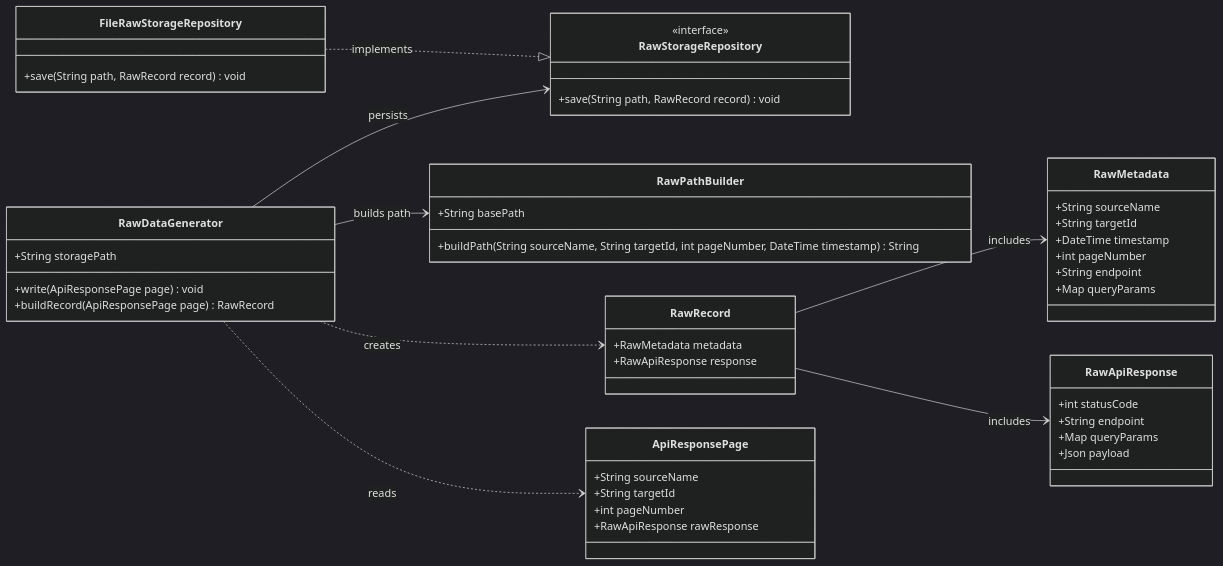
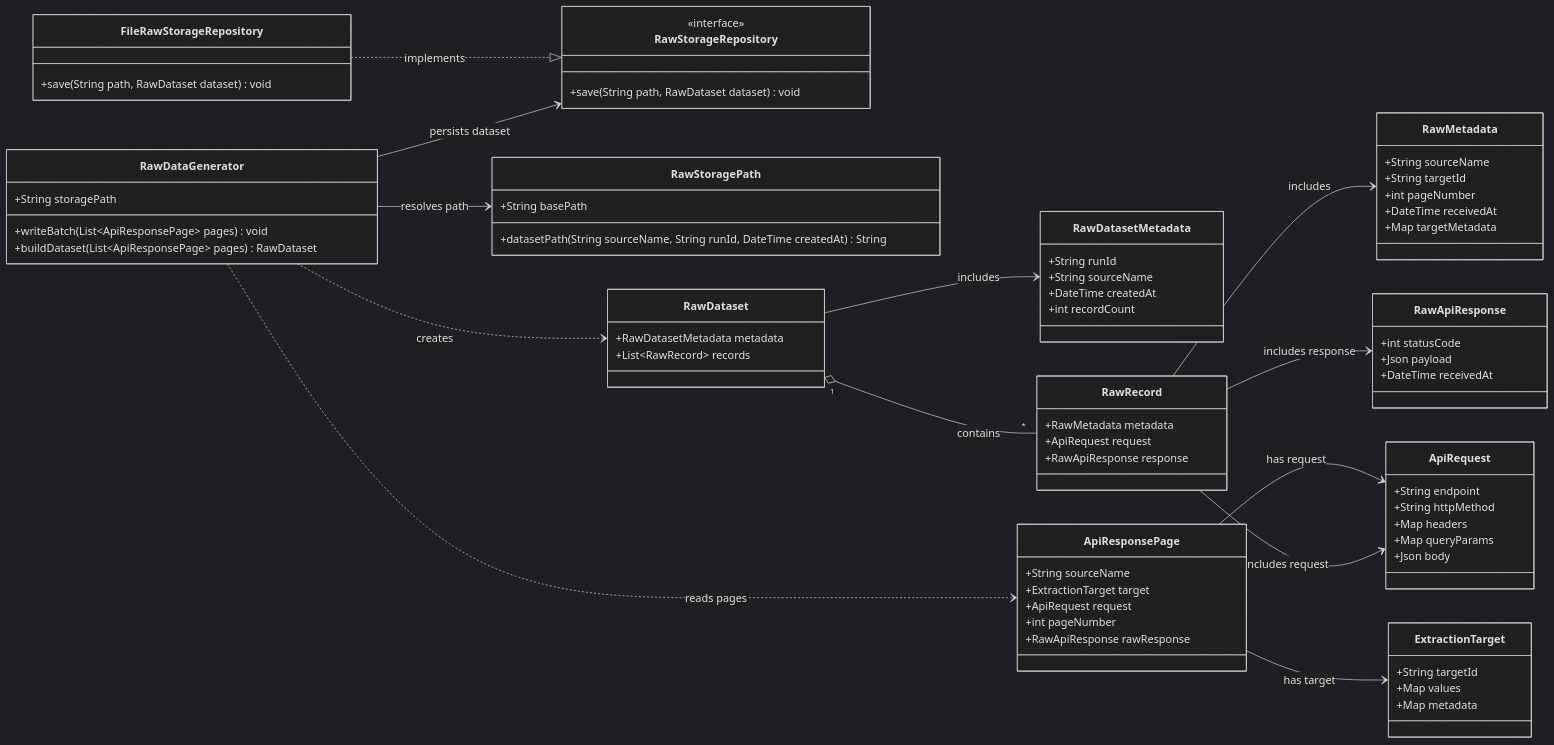
One commit to mentoria-edu/data_vet changed the diagram in docs/c4/level_4_code/data_ingestion/raw_data_generator.md. Above: the diagram before and after it, drawn with Mermaid (dark theme). The commit also changed 4 other files, not shown here.

````diff
--- a/docs/c4/level_4_code/data_ingestion/raw_data_generator.md
+++ b/docs/c4/level_4_code/data_ingestion/raw_data_generator.md
@@ -6,57 +6,88 @@
 
 class RawDataGenerator {
   +String storagePath
-  +write(ApiResponsePage page) void
-  +buildRecord(ApiResponsePage page) RawRecord
+  +writeBatch(List~ApiResponsePage~ pages) void
+  +buildDataset(List~ApiResponsePage~ pages) RawDataset
 }
 
 class RawStorageRepository {
   <<interface>>
-  +save(String path, RawRecord record) void
+  +save(String path, RawDataset dataset) void
 }
 
 class FileRawStorageRepository {
-  +save(String path, RawRecord record) void
+  +save(String path, RawDataset dataset) void
 }
 
-class RawPathBuilder {
+class RawStoragePath {
   +String basePath
-  +buildPath(String sourceName, String targetId, int pageNumber, DateTime timestamp) String
+  +datasetPath(String sourceName, String runId, DateTime createdAt) String
+}
+
+class RawDataset {
+  +RawDatasetMetadata metadata
+  +List~RawRecord~ records
+}
+
+class RawDatasetMetadata {
+  +String runId
+  +String sourceName
+  +DateTime createdAt
+  +int recordCount
 }
 
 class RawRecord {
   +RawMetadata metadata
+  +ApiRequest request
   +RawApiResponse response
 }
 
 class RawMetadata {
   +String sourceName
   +String targetId
-  +DateTime timestamp
   +int pageNumber
-  +String endpoint
-  +Map queryParams
+  +DateTime receivedAt
+  +Map targetMetadata
 }
 
 class ApiResponsePage {
   +String sourceName
-  +String targetId
+  +ExtractionTarget target
+  +ApiRequest request
   +int pageNumber
   +RawApiResponse rawResponse
 }
 
+class ExtractionTarget {
+  +String targetId
+  +Map values
+  +Map metadata
+}
+
+class ApiRequest {
+  +String endpoint
+  +String httpMethod
+  +Map headers
+  +Map queryParams
+  +Json body
+}
+
 class RawApiResponse {
   +int statusCode
-  +String endpoint
-  +Map queryParams
   +Json payload
+  +DateTime receivedAt
 }
 
-RawDataGenerator --> RawPathBuilder : builds path
-RawDataGenerator --> RawStorageRepository : persists
-RawDataGenerator ..> RawRecord : creates
-RawDataGenerator ..> ApiResponsePage : reads
+RawDataGenerator --> RawStoragePath : resolves path
+RawDataGenerator --> RawStorageRepository : persists dataset
+RawDataGenerator ..> RawDataset : creates
+RawDataGenerator ..> ApiResponsePage : reads pages
 FileRawStorageRepository ..|> RawStorageRepository : implements
+RawDataset --> RawDatasetMetadata : includes
+RawDataset "1" o-- "*" RawRecord : contains
 RawRecord --> RawMetadata : includes
-RawRecord --> RawApiResponse : includes
+RawRecord --> ApiRequest : includes request
+RawRecord --> RawApiResponse : includes response
+ApiResponsePage --> ExtractionTarget : has target
+ApiResponsePage --> ApiRequest : has request
 ```
````
